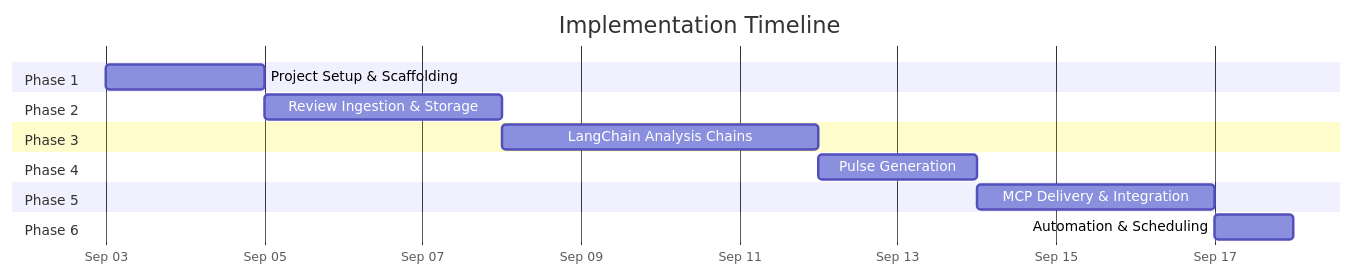
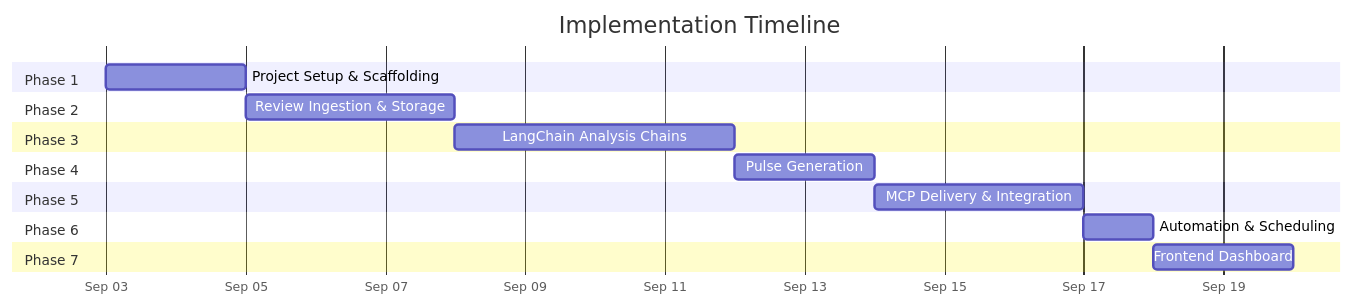
Before and after one commit to n21jindal-maker/Groww-Reviews: the first of 6 diagrams in Docs/implementation-plan.md, drawn with Mermaid. The commit also changed other lines of this file and 15 other files, not shown here.

````diff
--- a/Docs/implementation-plan.md
+++ b/Docs/implementation-plan.md
@@ -7,24 +7,27 @@
 ```mermaid
 gantt
     title Implementation Timeline
     dateFormat  YYYY-MM-DD
     axisFormat  %b %d
 
     section Phase 1
     Project Setup & Scaffolding        :p1, 2026-09-03, 2d
 
     section Phase 2
     Review Ingestion & Storage         :p2, after p1, 3d
 
     section Phase 3
     LangChain Analysis Chains          :p3, after p2, 4d
 
     section Phase 4
     Pulse Generation                   :p4, after p3, 2d
 
     section Phase 5
     MCP Delivery & Integration         :p5, after p4, 3d
 
     section Phase 6
     Automation & Scheduling            :p6, after p5, 1d
+
+    section Phase 7
+    Frontend Dashboard                 :p7, after p6, 2d
 ```
````
